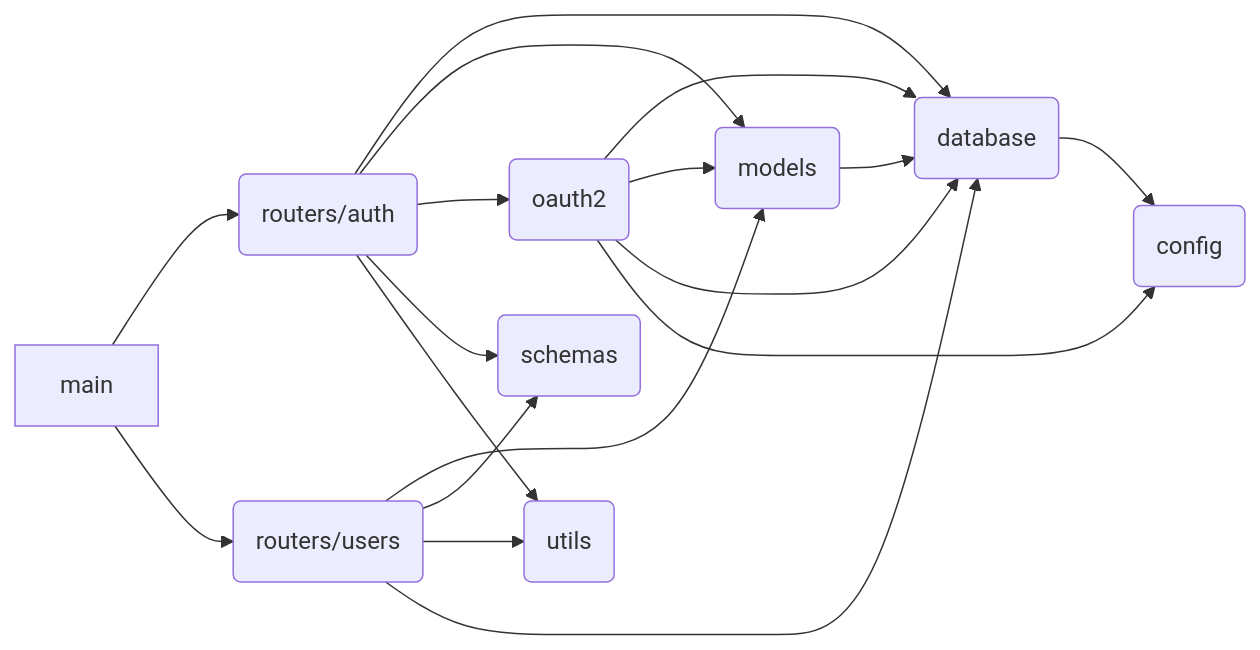
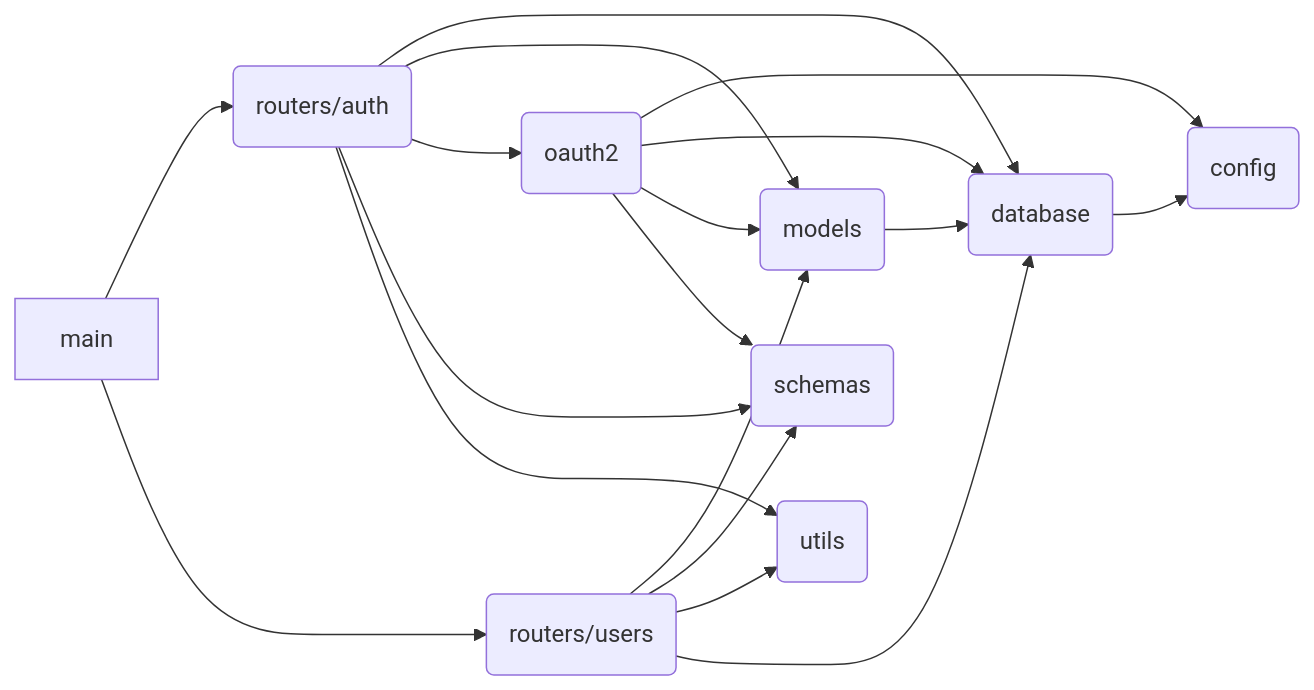
The diagram in README.md (dessyd/fastapi-iot-cmdb), drawn with Mermaid before and after one commit. The commit also changed 6 other files, not shown here.

````diff
--- a/README.md
+++ b/README.md
@@ -34,34 +34,35 @@
 ```mermaid
 flowchart LR
 
- s(schemas)
+
  c(config)
+ d(database)
  m(models)
- d(database)
  o(oauth2)
  ra(routers/auth)
  ru(routers/users)
+ s(schemas)
  u(utils)
 
  d --> c
  m --> d
+ o --> c
  o --> d
  o --> m
- o --> d
- o --> c
+ o --> s
 
  main --> ra
  main --> ru
 
  ra --> d
  ra --> m
  ra --> o
  ra --> s
  ra --> u
 
  ru --> m
  ru --> s
  ru --> u
  ru --> d
 
 ```
````
